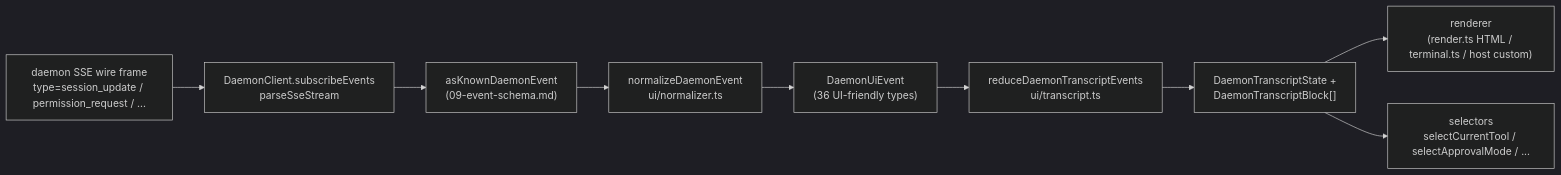
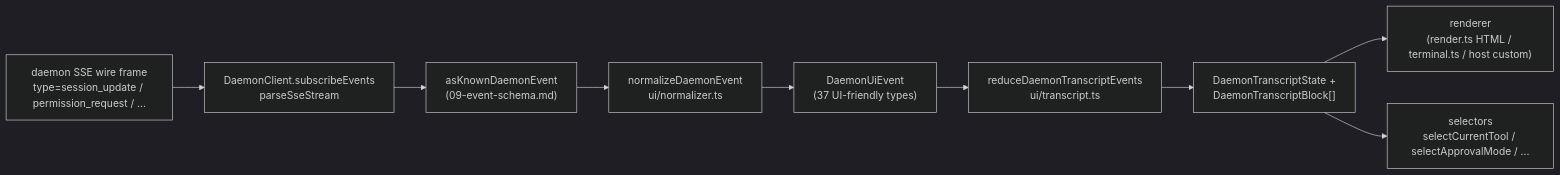
Before and after one commit to QwenLM/qwen-code: the diagram in docs/developers/daemon/14-cli-tui-adapter.md, drawn with Mermaid (dark theme). The commit also changed other lines of this file and 4 other files, not shown here.

````diff
--- a/docs/developers/daemon/14-cli-tui-adapter.md
+++ b/docs/developers/daemon/14-cli-tui-adapter.md
@@ -114,12 +114,12 @@
 ```mermaid
 flowchart LR
     A["daemon SSE wire frame<br/>type=session_update / permission_request / ..."]
     A --> B["DaemonClient.subscribeEvents<br/>parseSseStream"]
     B --> C["asKnownDaemonEvent<br/>(09-event-schema.md)"]
     C --> D["normalizeDaemonEvent<br/>ui/normalizer.ts"]
-    D --> E["DaemonUiEvent<br/>(36 UI-friendly types)"]
+    D --> E["DaemonUiEvent<br/>(37 UI-friendly types)"]
     E --> F["reduceDaemonTranscriptEvents<br/>ui/transcript.ts"]
     F --> G["DaemonTranscriptState +<br/>DaemonTranscriptBlock[]"]
     G --> H["renderer<br/>(render.ts HTML / terminal.ts / host custom)"]
     G --> I["selectors<br/>selectCurrentTool / selectApprovalMode / ..."]
 ```
````
